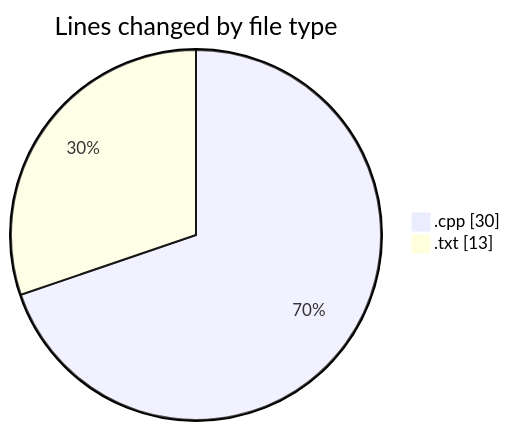
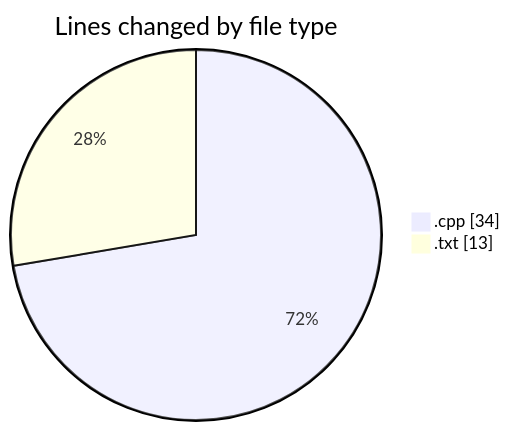
One commit to Netris89/code-tracking changed the first of 2 diagrams in 2025-04-26/true/README.md. Above: the diagram before and after it, drawn with Mermaid. The commit also changed other lines of this file and 1 other file, not shown here.

````diff
--- a/2025-04-26/true/README.md
+++ b/2025-04-26/true/README.md
@@ -21,6 +21,6 @@
 ```mermaid
 pie showData
 title Lines changed by file type
-".cpp" : 30
+".cpp" : 34
 ".txt" : 13
 ```
````
